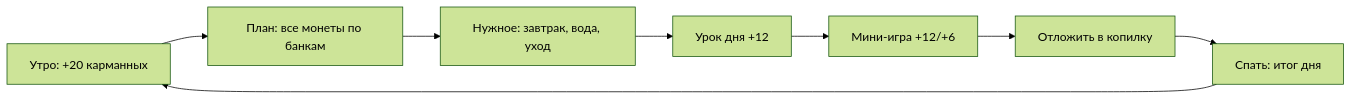
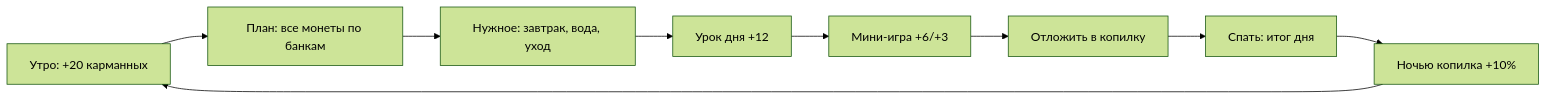
One commit to IMaruli/Pet_Finni_hackathon changed the diagram in docs/business/09_DAY_AND_GROWTH.md. Above: the diagram before and after it, drawn with Mermaid (forest theme). The commit also changed other lines of this file and 26 other files, not shown here.

````diff
--- a/docs/business/09_DAY_AND_GROWTH.md
+++ b/docs/business/09_DAY_AND_GROWTH.md
@@ -11,10 +11,11 @@
 ```mermaid
 flowchart LR
     M[Утро: +20 карманных] --> P[План: все монеты по банкам]
     P --> N[Нужное: завтрак, вода, уход]
     N --> L[Урок дня +12]
-    L --> G[Мини-игра +12/+6]
+    L --> G[Мини-игра +6/+3]
     G --> S[Отложить в копилку]
     S --> Z[Спать: итог дня]
-    Z --> M
+    Z --> I[Ночью копилка +10%]
+    I --> M
 ```
````
